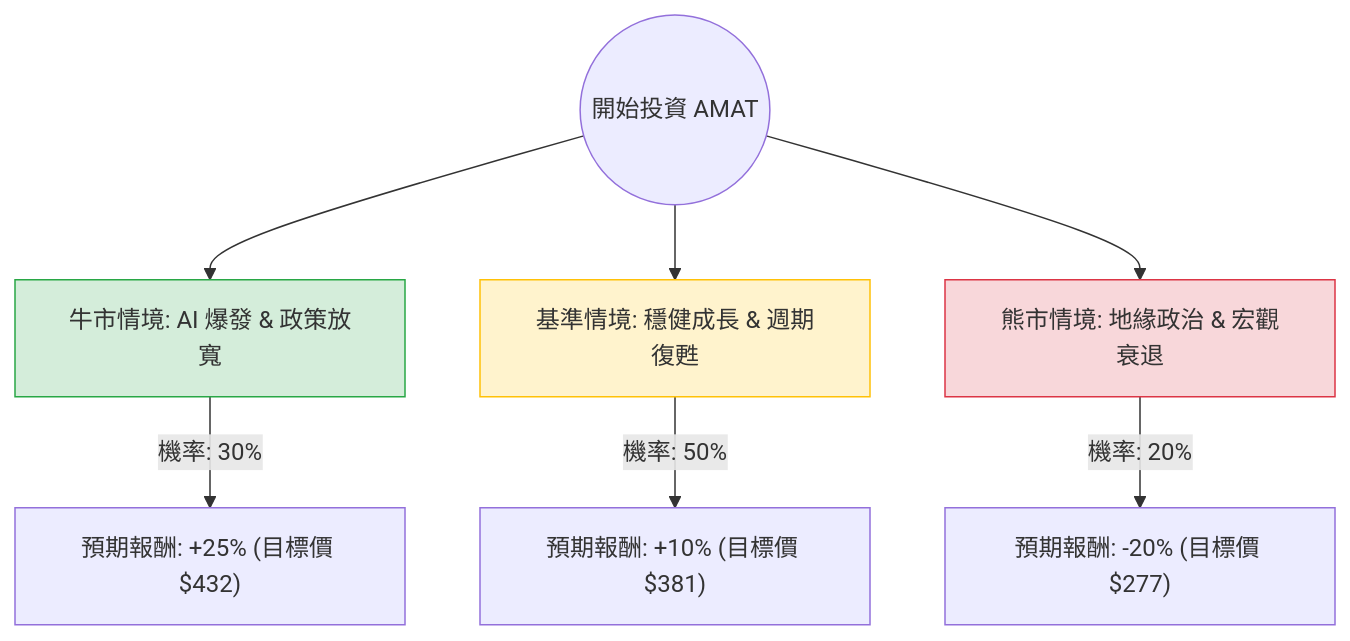
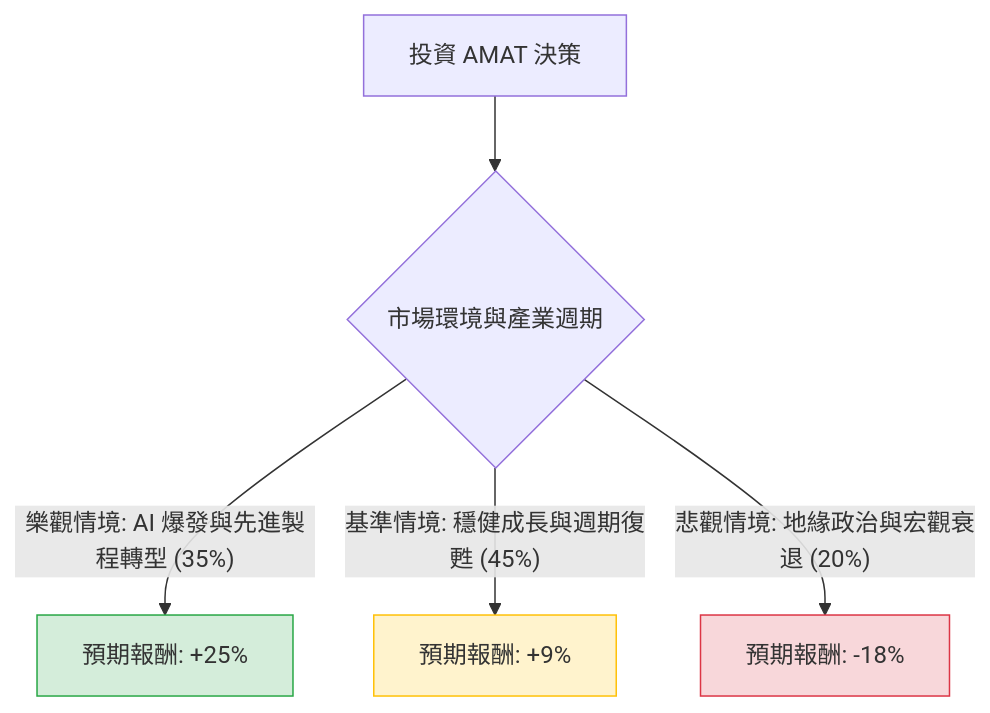
The diagram in plugin-react/ai-analysis/ev-analysis/AMAT.md (zmcx16/zmcx16.github.io), drawn with Mermaid before and after one commit. The commit also changed other lines of this file and 65 other files, not shown here.

````diff
--- a/plugin-react/ai-analysis/ev-analysis/AMAT.md
+++ b/plugin-react/ai-analysis/ev-analysis/AMAT.md
@@ -20,14 +20,12 @@
 ```mermaid
 graph TD
-    Start((開始投資 AMAT)) --> Bull[牛市情境: AI 爆發 & 政策放寬]
-    Start --> Base[基準情境: 穩健成長 & 週期復甦]
-    Start --> Bear[熊市情境: 地緣政治 & 宏觀衰退]
+    A[投資 AMAT 決策] --> B{市場環境與產業週期}
+    
+    B -- 樂觀情境: AI 爆發與先進製程轉型 (35%) --> C[預期報酬: +25%]
+    B -- 基準情境: 穩健成長與週期復甦 (45%) --> D[預期報酬: +9%]
+    B -- 悲觀情境: 地緣政治與宏觀衰退 (20%) --> E[預期報酬: -18%]
 
-    Bull -- "機率: 30%" --> BullVal["預期報酬: +25% (目標價 $432)"]
-    Base -- "機率: 50%" --> BaseVal["預期報酬: +10% (目標價 $381)"]
-    Bear -- "機率: 20%" --> BearVal["預期報酬: -20% (目標價 $277)"]
-
-    style Bull fill:#d4edda,stroke:#28a745
-    style Base fill:#fff3cd,stroke:#ffc107
-    style Bear fill:#f8d7da,stroke:#dc3545
+    style C fill:#d4edda,stroke:#28a745
+    style D fill:#fff3cd,stroke:#ffc107
+    style E fill:#f8d7da,stroke:#dc3545
 ```
````
